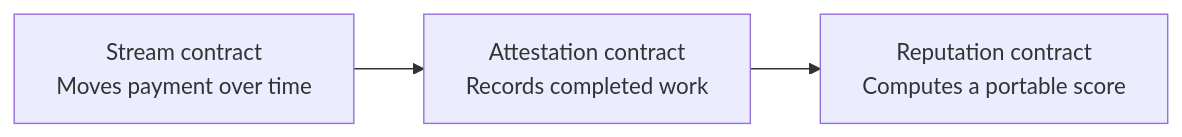
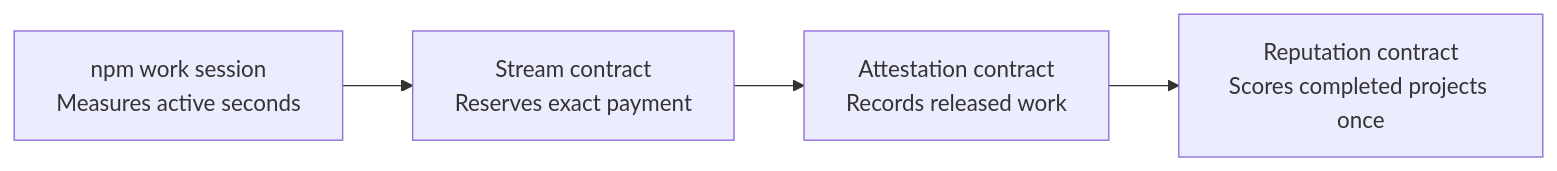
The diagram in README.md (Shivangi-Sharma06/aven), drawn with Mermaid before and after one commit. The commit also changed other lines of this file and 79 other files, not shown here.

Commit message:
fix: make npm work sessions authoritative

````diff
--- a/README.md
+++ b/README.md
@@ -11,5 +11,6 @@
 ```mermaid
 flowchart LR
-  A["Stream contract<br/>Moves payment over time"] --> B["Attestation contract<br/>Records completed work"]
-  B --> C["Reputation contract<br/>Computes a portable score"]
+  A["npm work session<br/>Measures active seconds"] --> B["Stream contract<br/>Reserves exact payment"]
+  B --> C["Attestation contract<br/>Records released work"]
+  C --> D["Reputation contract<br/>Scores completed projects once"]
 ```
````
